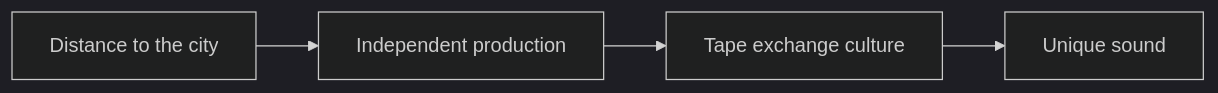
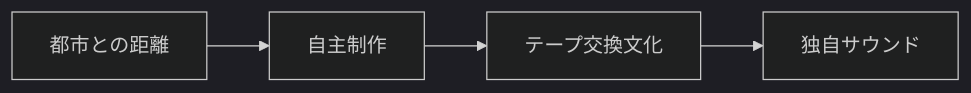
One commit to monumental-movement/monumental-movement.github.io changed the second of 13 diagrams in en/_posts/2026-07-13-column-terveet-kadet.md. Above: the diagram before and after it, drawn with Mermaid (dark theme). The commit also changed other lines of this file and 2196 other files, not shown here.

```diff
--- a/en/_posts/2026-07-13-column-terveet-kadet.md
+++ b/en/_posts/2026-07-13-column-terveet-kadet.md
@@ -108,12 +107,12 @@
 <div class="mermaid">
 graph LR
-A["Distance to the city"]
-B["Independent production"]
-C["Tape exchange culture"]
-D["Unique sound"]
+A["都市との距離"]
+B["自主制作"]
+C["テープ交換文化"]
+D["独自サウンド"]
 
 A --> B
 B --> C
 C --> D
 
 </div>
```
